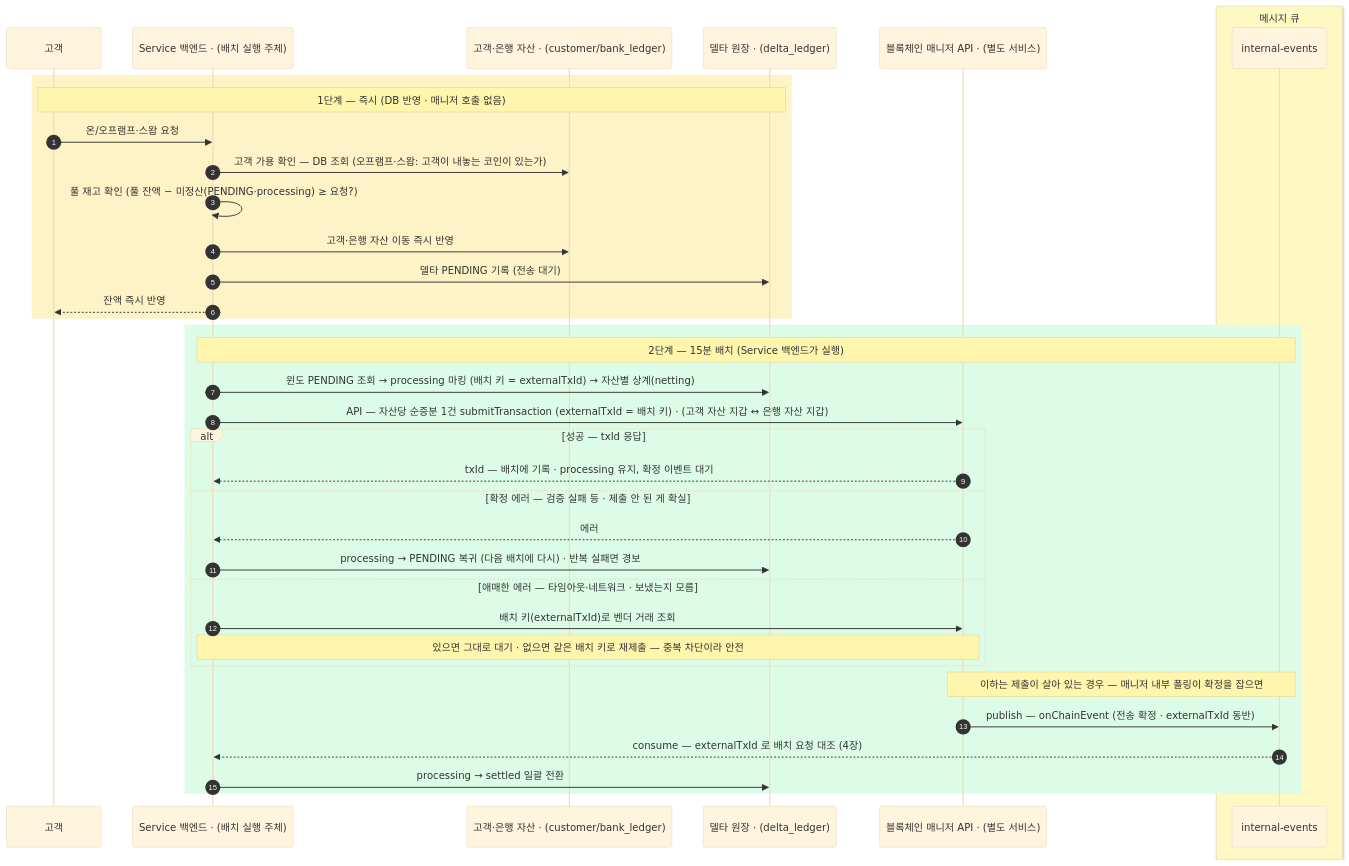
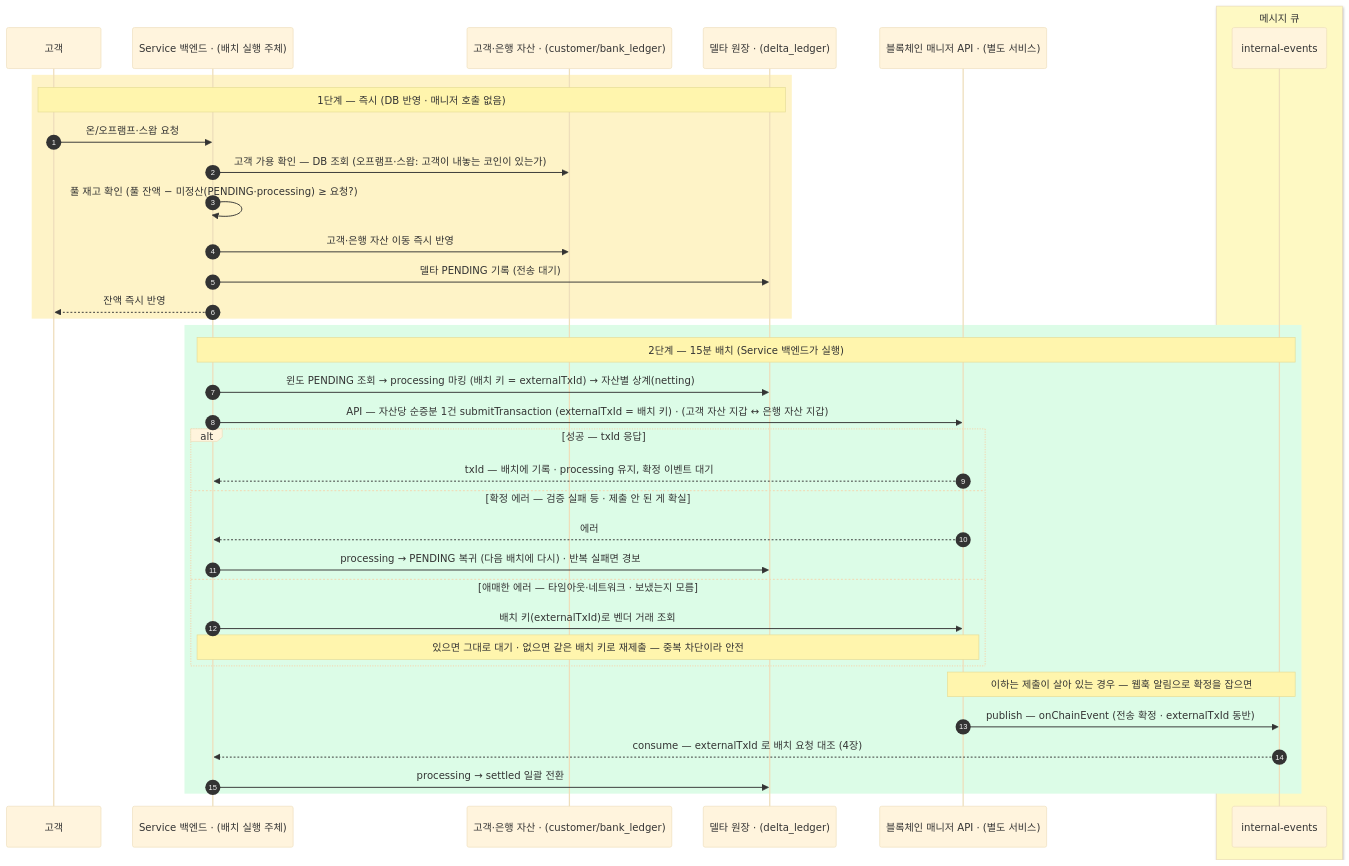
Before and after one commit to eunsujeo/eunpus: the first of 2 diagrams in blockchain-manager/docs/블록체인매니저/설계/10-ramp-swap.md, drawn with Mermaid (base theme). The commit also changed 31 other files, not shown here.

````diff
--- a/blockchain-manager/docs/블록체인매니저/설계/10-ramp-swap.md
+++ b/blockchain-manager/docs/블록체인매니저/설계/10-ramp-swap.md
@@ -25,41 +25,41 @@
 ```mermaid
 sequenceDiagram
     autonumber
     participant Cust as 고객
     participant App as Service 백엔드 · (배치 실행 주체)
     participant DB as 고객·은행 자산 · (customer/bank_ledger)
     participant DL as 델타 원장 · (delta_ledger)
     participant BM as 블록체인 매니저 API · (별도 서비스)
     box rgb(254,249,195) 메시지 큐
     participant MQ as internal-events
     end
 
     rect rgb(254,243,199)
     Note over Cust,DL: 1단계 — 즉시 (DB 반영 · 매니저 호출 없음)
     Cust->>App: 온/오프램프·스왑 요청
     App->>DB: 고객 가용 확인 — DB 조회 (오프램프·스왑: 고객이 내놓는 코인이 있는가)
     App->>App: 풀 재고 확인 (풀 잔액 − 미정산(PENDING·processing) ≥ 요청?)
     App->>DB: 고객·은행 자산 이동 즉시 반영
     App->>DL: 델타 PENDING 기록 (전송 대기)
     App-->>Cust: 잔액 즉시 반영
     end
 
     rect rgb(220,252,231)
     Note over App,MQ: 2단계 — 15분 배치 (Service 백엔드가 실행)
     App->>DL: 윈도 PENDING 조회 → processing 마킹 (배치 키 = externalTxId) → 자산별 상계(netting)
     App->>BM: API — 자산당 순증분 1건 submitTransaction (externalTxId = 배치 키) · (고객 자산 지갑 ↔ 은행 자산 지갑)
     alt 성공 — txId 응답
         BM-->>App: txId — 배치에 기록 · processing 유지, 확정 이벤트 대기
     else 확정 에러 — 검증 실패 등 · 제출 안 된 게 확실
         BM-->>App: 에러
         App->>DL: processing → PENDING 복귀 (다음 배치에 다시) · 반복 실패면 경보
     else 애매한 에러 — 타임아웃·네트워크 · 보냈는지 모름
         App->>BM: 배치 키(externalTxId)로 벤더 거래 조회
         Note over App,BM: 있으면 그대로 대기 · 없으면 같은 배치 키로 재제출 — 중복 차단이라 안전
     end
-    Note over BM,MQ: 이하는 제출이 살아 있는 경우 — 매니저 내부 폴링이 확정을 잡으면
+    Note over BM,MQ: 이하는 제출이 살아 있는 경우 — 웹훅 알림으로 확정을 잡으면
     BM->>MQ: publish — onChainEvent (전송 확정 · externalTxId 동반)
     MQ-->>App: consume — externalTxId 로 배치 요청 대조 (4장)
     App->>DL: processing → settled 일괄 전환
     end
 ```
````
